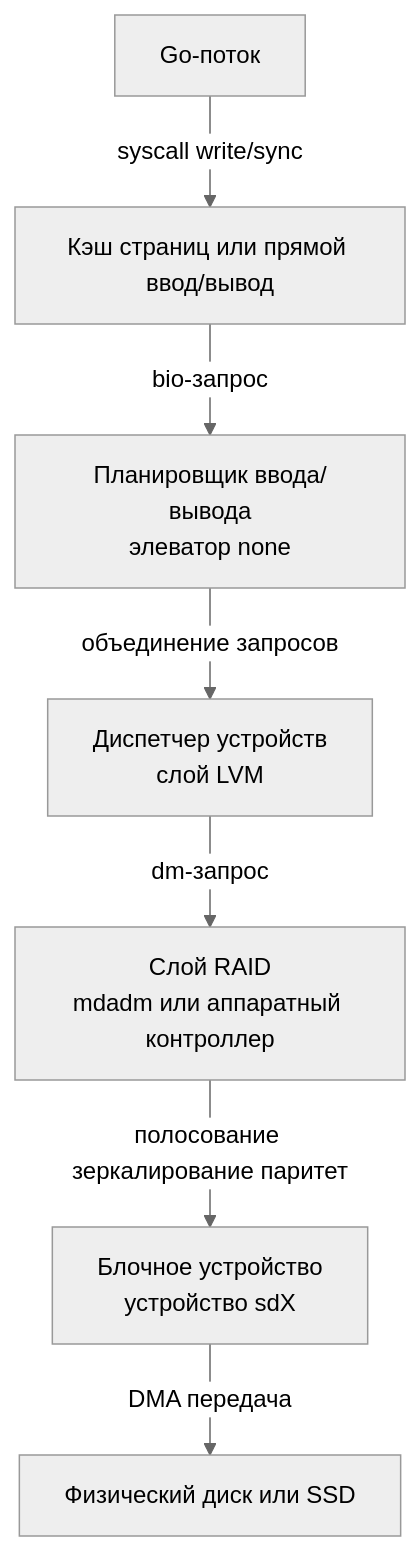
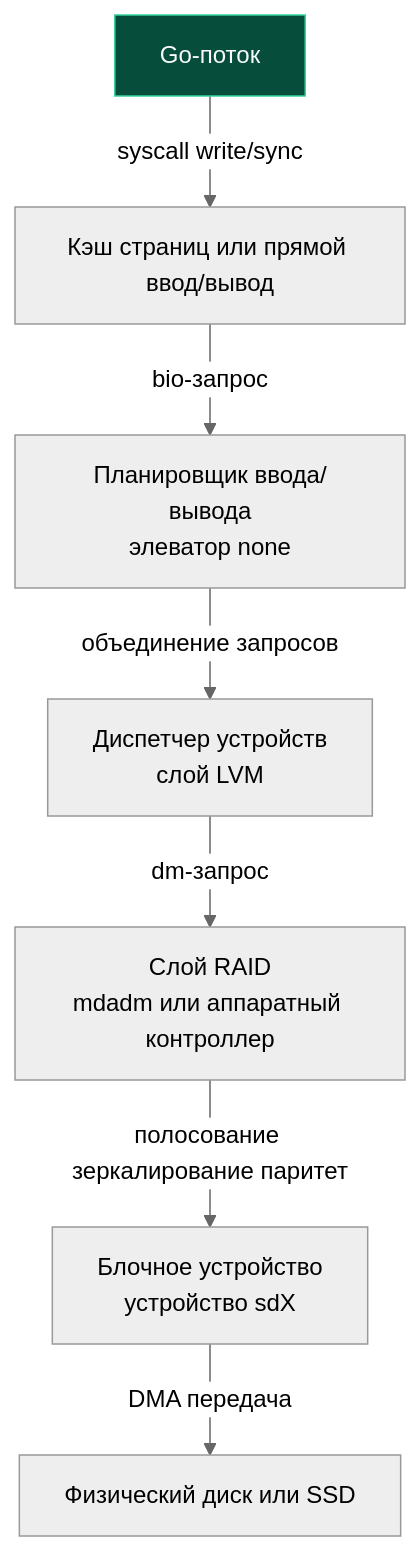
The fifth of 5 diagrams in sources/2. Устройство и работа ОС/46. RAID, LVM и логические тома.md (UnrealTemplier/go-textbook), drawn with Mermaid (neutral theme) before and after one commit. The commit also changed other lines of this file and 1666 other files, not shown here.

First line of the commit message:
feat(mermaid): add semantic color classDef to 1369 colorless flowchart/graph diagrams

````diff
--- a/sources/2. Устройство и работа ОС/46. RAID, LVM и логические тома.md
+++ b/sources/2. Устройство и работа ОС/46. RAID, LVM и логические тома.md
@@ -169,9 +199,19 @@
 ```mermaid
 flowchart TD
-    A["Go-поток"] -->|"syscall write/sync"| B["Кэш страниц или прямой ввод/вывод"]
+    classDef process  fill:#1e293b,stroke:#38bdf8,stroke-width:1px,color:#f8fafc
+    classDef success  fill:#064e3b,stroke:#34d399,stroke-width:1px,color:#f8fafc
+    classDef error    fill:#7f1d1d,stroke:#f87171,stroke-width:1px,color:#f8fafc
+    classDef warning  fill:#78350f,stroke:#fbbf24,stroke-width:1px,color:#f8fafc
+    classDef entry    fill:#1e3a5f,stroke:#38bdf8,stroke-width:2px,color:#f8fafc
+    classDef aux      fill:#334155,stroke:#64748b,stroke-width:1px,color:#f8fafc
+    classDef system   fill:#312e81,stroke:#a78bfa,stroke-width:1px,color:#f8fafc
+    classDef data     fill:#132d29,stroke:#2dd4bf,stroke-width:1px,color:#f8fafc
+    classDef network  fill:#881337,stroke:#fb7185,stroke-width:1px,color:#f8fafc
+    classDef accent   fill:#1e1b4b,stroke:#818cf8,stroke-width:1px,color:#f8fafc
+    A["Go-поток"]:::success -->|"syscall write/sync"| B["Кэш страниц или прямой ввод/вывод"]
     B -->|"bio-запрос"| C["Планировщик ввода/вывода<br>элеватор none"]
     C -->|"объединение запросов"| D["Диспетчер устройств<br>слой LVM"]
     D -->|"dm-запрос"| E["Слой RAID<br>mdadm или аппаратный контроллер"]
     E -->|"полосование зеркалирование паритет"| F["Блочное устройство<br>устройство sdX"]
     F -->|"DMA передача"| G["Физический диск или SSD"]
 ```
````
